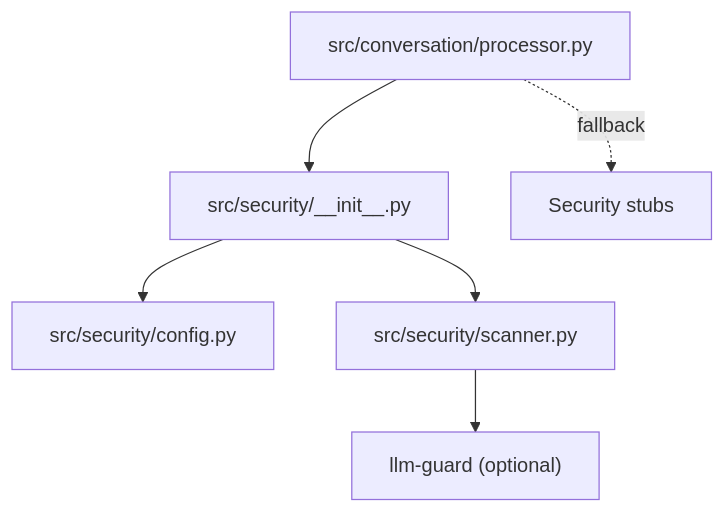
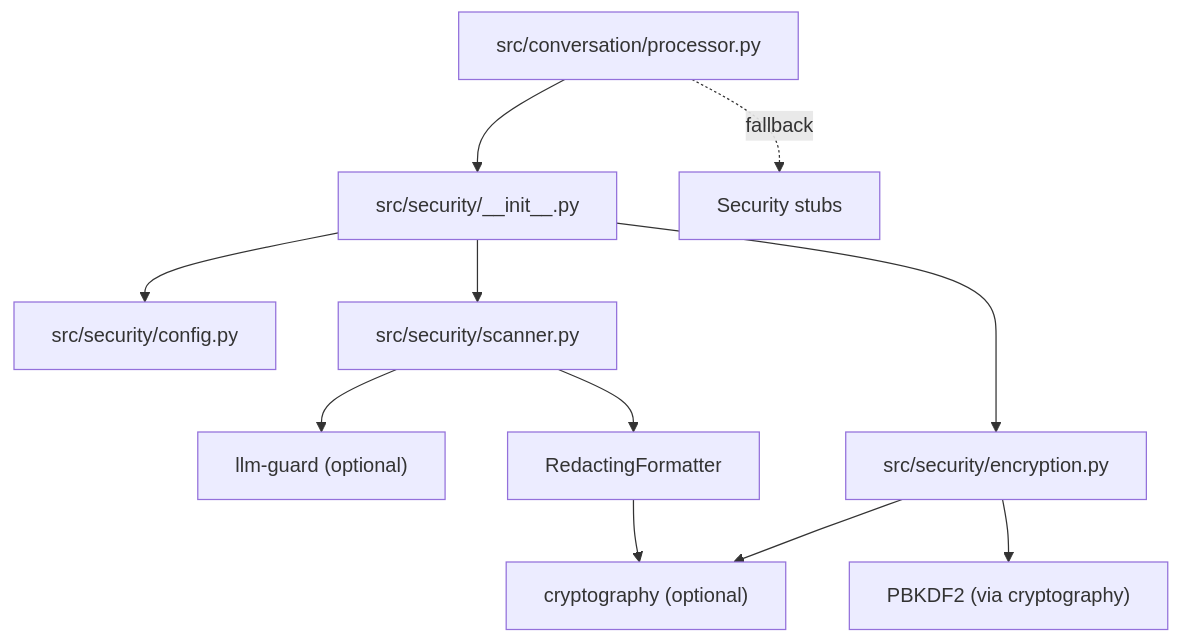
One commit to MOK-5-ha/MayaMCP changed the ninth of 9 diagrams in .qoder/repowiki/en/content/Security & Safety Framework.md. Above: the diagram before and after it, drawn with Mermaid. The commit also changed other lines of this file and 27 other files, not shown here.

````diff
--- a/.qoder/repowiki/en/content/Security & Safety Framework.md
+++ b/.qoder/repowiki/en/content/Security & Safety Framework.md
@@ -243,8 +428,13 @@
 ```mermaid
 graph TB
 Proc["src/conversation/processor.py"] --> SecAPI["src/security/__init__.py"]
 SecAPI --> SecCfg["src/security/config.py"]
 SecAPI --> SecScan["src/security/scanner.py"]
+SecAPI --> SecEnc["src/security/encryption.py"]
 SecScan --> LG["llm-guard (optional)"]
+SecEnc --> Crypto["cryptography (optional)"]
+SecEnc --> PBKDF2["PBKDF2 (via cryptography)"]
+SecScan --> LogFmt["RedactingFormatter"]
+LogFmt --> Crypto
 Proc -.->|fallback| SecStub["Security stubs"]
 ```
````
